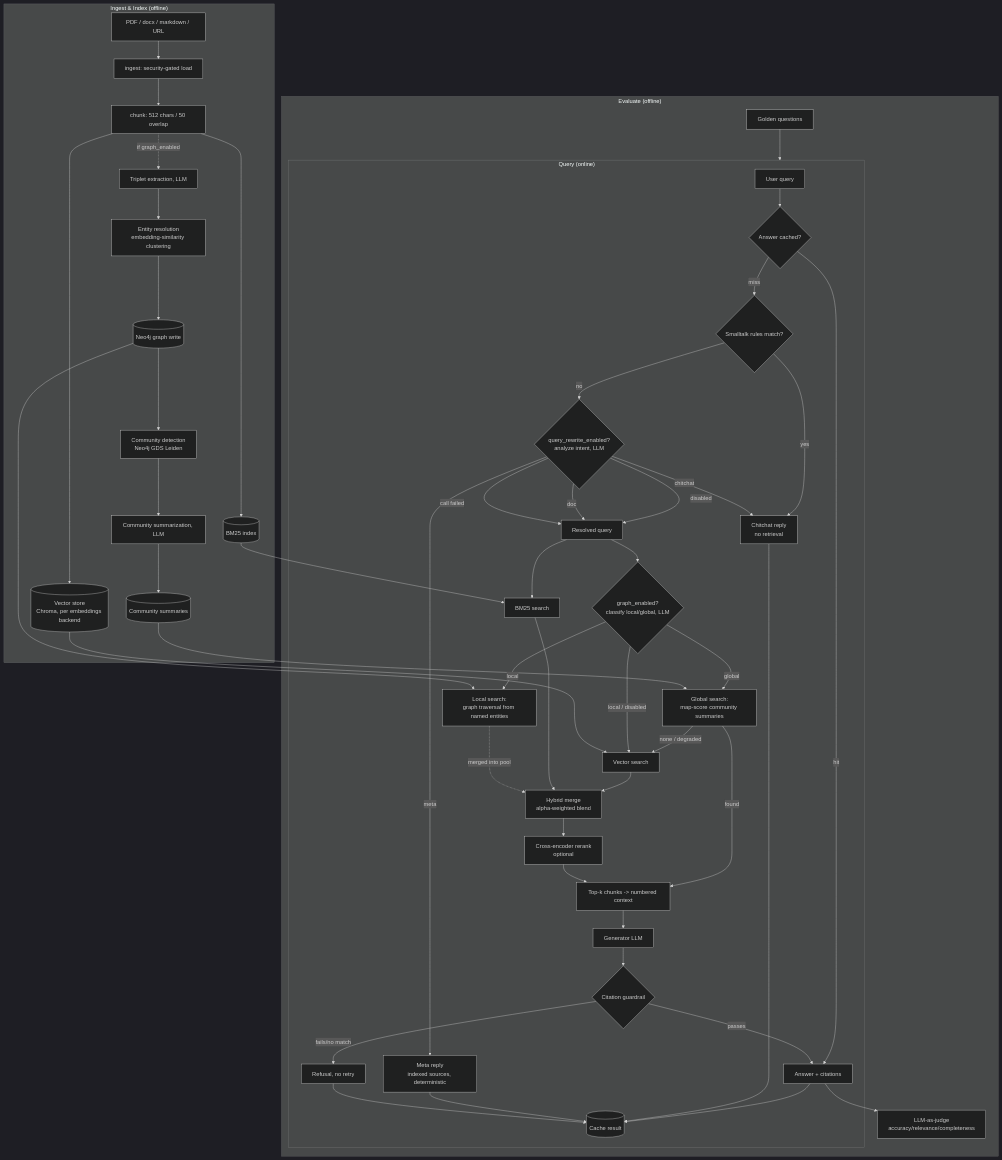
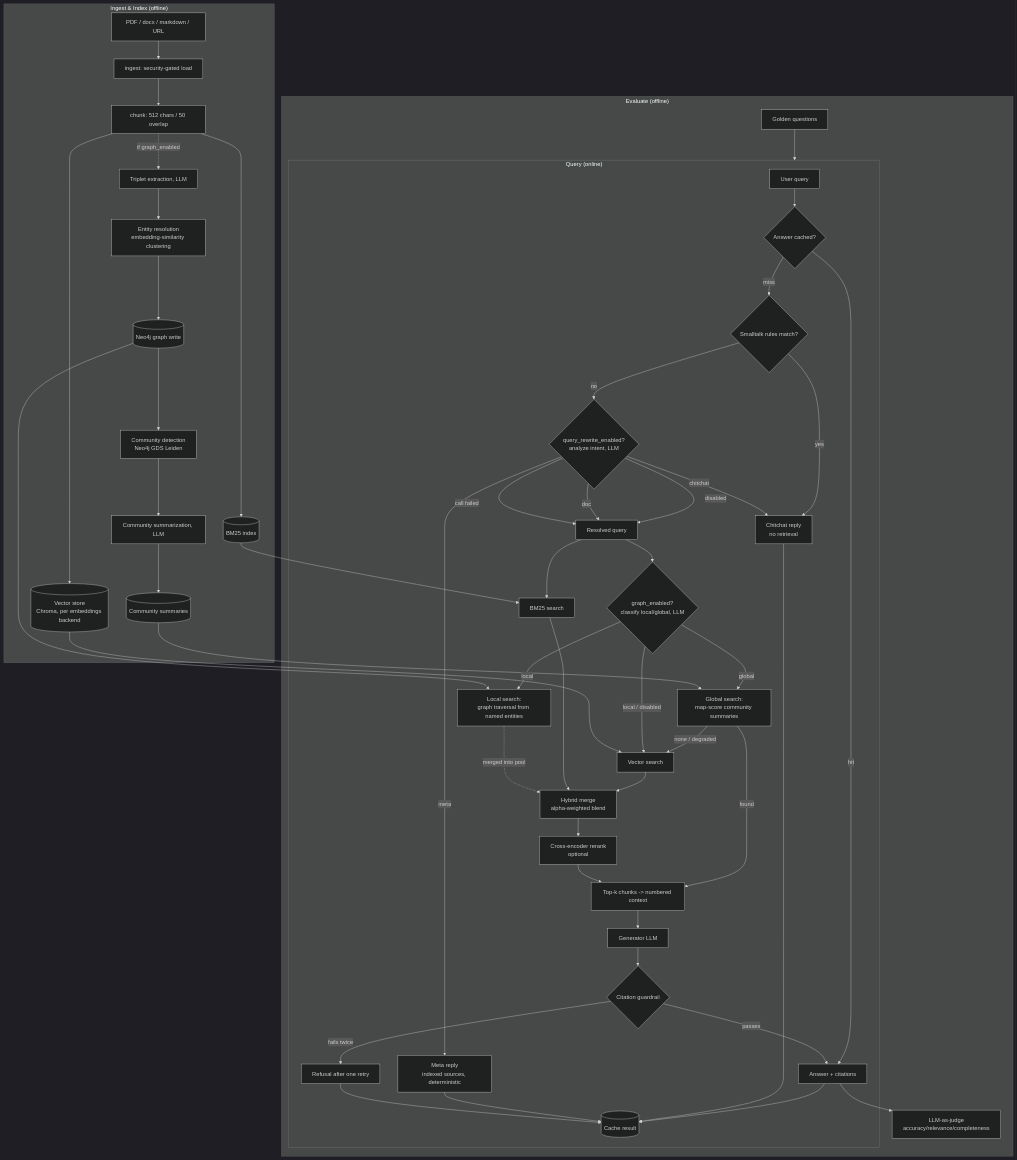
The diagram in dev-docs/ARCHITECTURE.md (iamashraf/ask-the-docs), drawn with Mermaid (dark theme) before and after one commit. The commit also changed other lines of this file and 3 other files, not shown here.

````diff
--- a/dev-docs/ARCHITECTURE.md
+++ b/dev-docs/ARCHITECTURE.md
@@ -9,58 +9,58 @@
 ```mermaid
 flowchart TD
     subgraph Ingest["Ingest & Index (offline)"]
         SRC[PDF / docx / markdown / URL] --> ING[ingest: security-gated load]
         ING --> CHUNK[chunk: 512 chars / 50 overlap]
         CHUNK --> VEC[(Vector store<br/>Chroma, per embeddings backend)]
         CHUNK --> BM[(BM25 index)]
         CHUNK -. "if graph_enabled" .-> EXTRACT[Triplet extraction, LLM]
         EXTRACT --> RESOLVE[Entity resolution<br/>embedding-similarity clustering]
         RESOLVE --> GWRITE[(Neo4j graph write)]
         GWRITE --> LEIDEN[Community detection<br/>Neo4j GDS Leiden]
         LEIDEN --> CSUM[Community summarization, LLM]
         CSUM --> GSTORE[(Community summaries)]
     end
 
     subgraph Query["Query (online)"]
         Q[User query] --> CACHE{Answer cached?}
         CACHE -- hit --> ANS[Answer + citations]
         CACHE -- miss --> ROUTE{"Smalltalk rules match?"}
         ROUTE -- yes --> CHITCHAT["Chitchat reply<br/>no retrieval"]
         ROUTE -- no --> ANALYZE{"query_rewrite_enabled?<br/>analyze intent, LLM"}
         ANALYZE -- disabled --> RESOLVED["Resolved query"]
         ANALYZE -- doc --> RESOLVED
         ANALYZE -- "call failed" --> RESOLVED
         ANALYZE -- chitchat --> CHITCHAT
         ANALYZE -- meta --> METAREPLY["Meta reply<br/>indexed sources, deterministic"]
         RESOLVED --> CLASSIFY{"graph_enabled?<br/>classify local/global, LLM"}
         CLASSIFY -- "global" --> GLOBAL[Global search:<br/>map-score community summaries]
         GLOBAL -- found --> CTX
         GLOBAL -- "none / degraded" --> VSEARCH
         CLASSIFY -- "local / disabled" --> VSEARCH[Vector search]
         CLASSIFY -- "local" --> LOCAL[Local search:<br/>graph traversal from named entities]
         RESOLVED --> BSEARCH[BM25 search]
         VSEARCH --> MERGE[Hybrid merge<br/>alpha-weighted blend]
         BSEARCH --> MERGE
         LOCAL -. "merged into pool" .-> MERGE
         MERGE --> RERANK[Cross-encoder rerank<br/>optional]
         RERANK --> CTX[Top-k chunks -> numbered context]
         CTX --> GEN[Generator LLM]
         GEN --> GUARD{Citation guardrail}
-        GUARD -- fails/no match --> REFUSE[Refusal, no retry]
+        GUARD -- fails twice --> REFUSE[Refusal after one retry]
         GUARD -- passes --> ANS
         ANS --> CACHESET[(Cache result)]
         CHITCHAT --> CACHESET
         METAREPLY --> CACHESET
         REFUSE --> CACHESET
     end
 
     VEC --> VSEARCH
     BM --> BSEARCH
     GSTORE --> GLOBAL
     GWRITE --> LOCAL
 
     subgraph Evaluate["Evaluate (offline)"]
         GOLD[Golden questions] --> Query
         ANS --> JUDGE[LLM-as-judge<br/>accuracy/relevance/completeness]
     end
 ```
````
